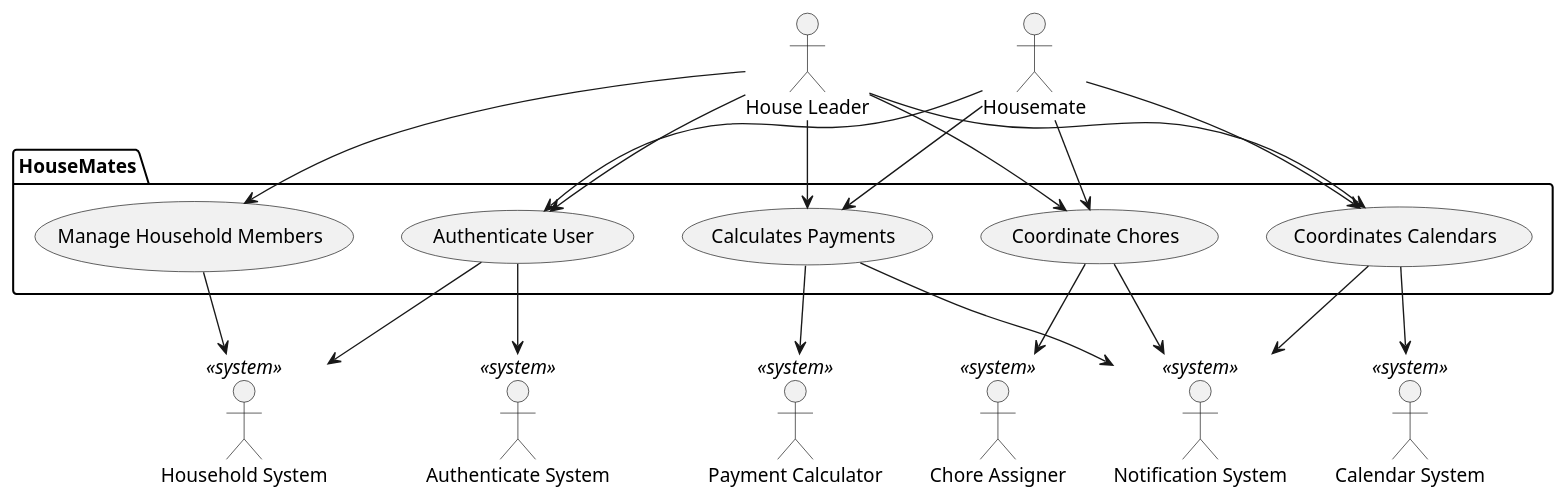
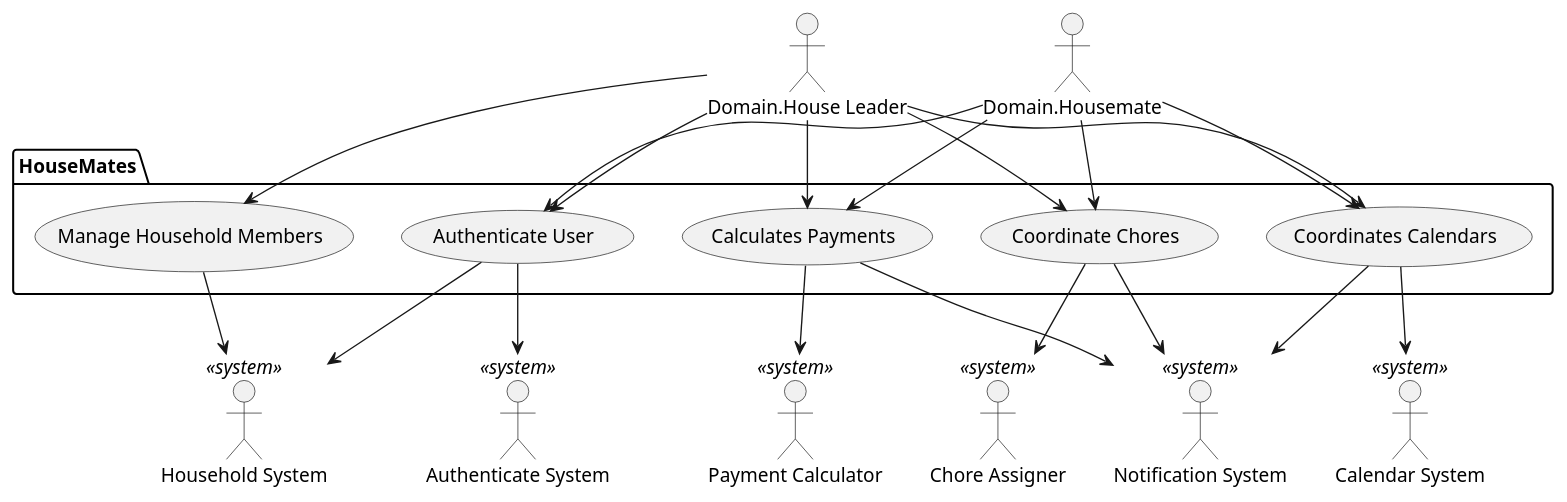
The diagram in doc/vision.md (willemnielsen/House-App), drawn with PlantUML before and after one commit. The commit also changed other lines of this file and 15 other files, not shown here.

Commit message:
refactored class into Domain package; added HouseController and TerminalController

````diff
--- a/doc/vision.md
+++ b/doc/vision.md
@@ -27,44 +27,44 @@
 ```plantuml
 @startuml
 ' human actors
-actor "House Leader" as leader
-actor "Housemate" as user
+actor "Domain.House Leader" as leader
+actor "Domain.Housemate" as user
 
 ' system actors
 actor "Calendar System" <<system>> as calendarSystem
 actor "Payment Calculator" <<system>> as paymentSystem
 actor "Chore Assigner" <<system>> as choreSystem
 actor "Notification System" <<system>> as notificationSystem
 actor "Authenticate System" <<system>> as authenticateSystem
 actor "Household System" <<system>> as householdSystem
 
 ' list all use cases in package
 package "HouseMates"{
 usecase "Coordinates Calendars" as calendar
 usecase "Calculates Payments" as calculatePayments
 usecase "Coordinate Chores" as choreCreate
 usecase "Manage Household Members" as manageHousehold
 usecase "Authenticate User" as authenticate
 }
 ' list relationships between actors and use cases
 leader --> authenticate
 leader --> calendar
 leader --> calculatePayments
 leader --> choreCreate
 leader --> manageHousehold
 user --> calendar
 user --> calculatePayments
 user --> choreCreate
 user --> authenticate
 calendar --> calendarSystem
 calculatePayments --> paymentSystem
 choreCreate --> choreSystem
 manageHousehold --> householdSystem
 authenticate --> authenticateSystem
 authenticate --> householdSystem
 calendar --> notificationSystem
 calculatePayments --> notificationSystem
 choreCreate --> notificationSystem
 
 @enduml
 ```
````
